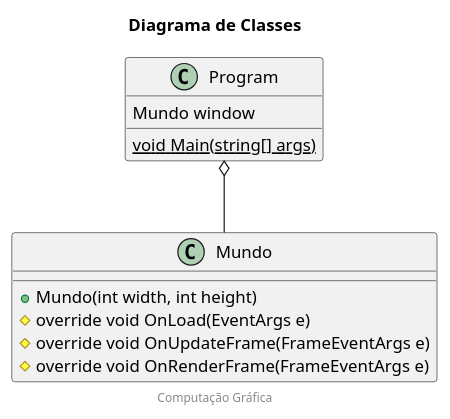
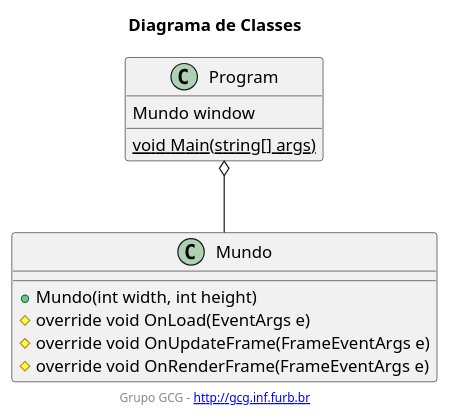
One commit to gustavospiess/gcg-cg changed the diagram in CG-N2_1/docs/umlClasses.wsd. Above: the diagram before and after it, drawn with PlantUML. The commit also changed 2 other files, not shown here.

Commit message:
Ajustei o título/rodapé dos diagramas.

```diff
--- a/CG-N2_1/docs/umlClasses.wsd
+++ b/CG-N2_1/docs/umlClasses.wsd
@@ -2,15 +2,15 @@
 @startuml CG-N2_1
 
 title Diagrama de Classes
-footer Computação Gráfica
+footer Grupo GCG - [[http://gcg.inf.furb.br]]
 
 Program : Mundo window
 Program : {static} void Main(string[] args)
 Program o-down- Mundo
 
 Mundo : + Mundo(int width, int height)
 Mundo : # override void OnLoad(EventArgs e)
 Mundo : # override void OnUpdateFrame(FrameEventArgs e)
 Mundo : # override void OnRenderFrame(FrameEventArgs e)
 
 @enduml
```
